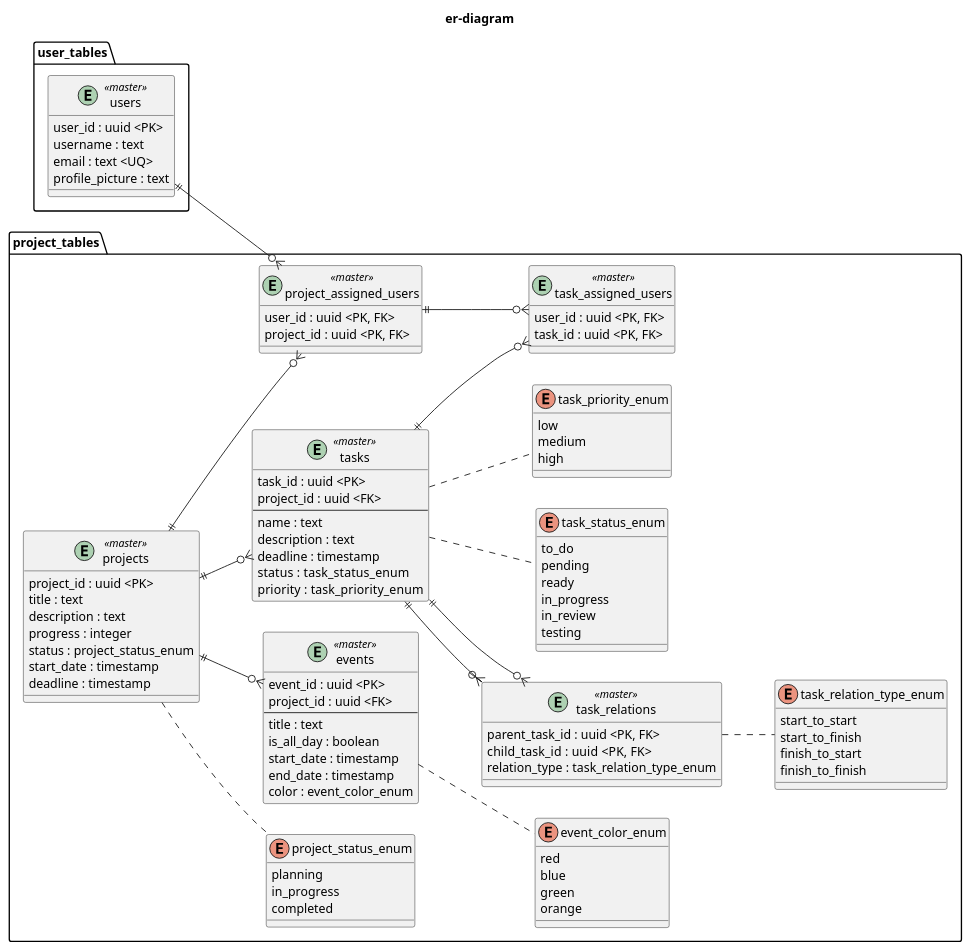
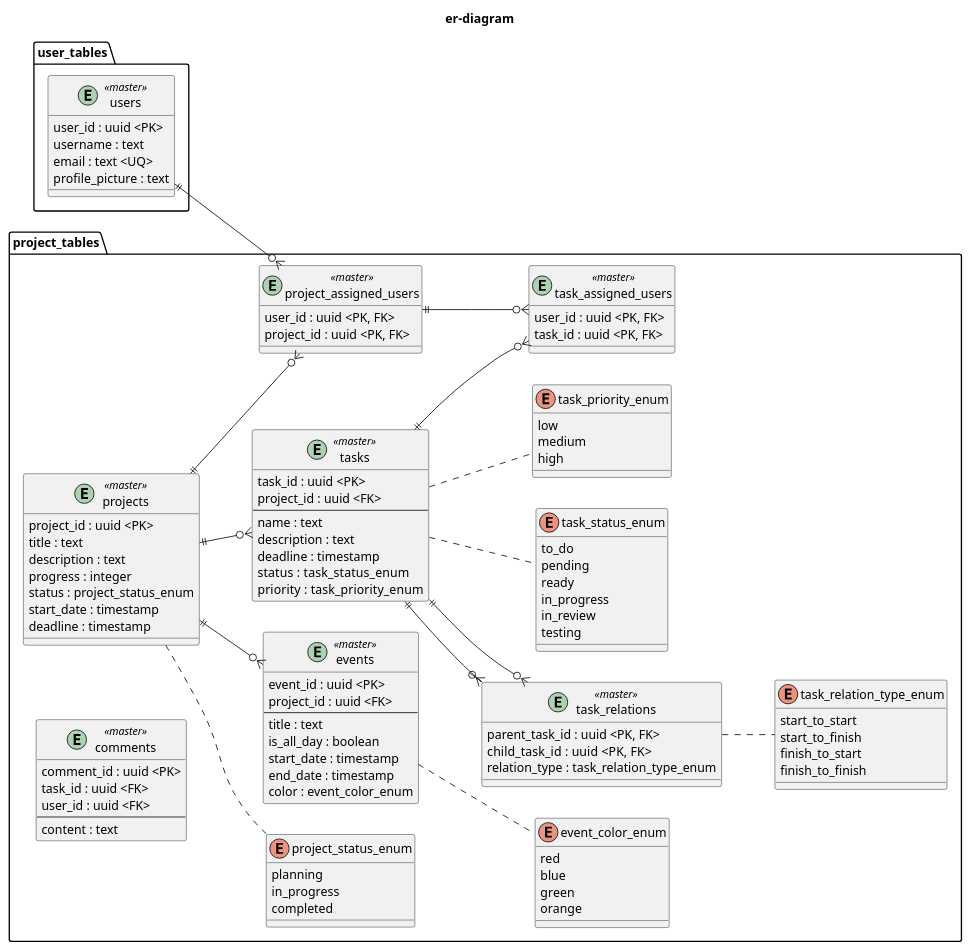
Before and after one commit to KaungSetLinn/FlowMatic: the diagram in doc/backend/er-diagram/er-diagram.pu, drawn with PlantUML.

Commit message:
commentをer-diagramに追加

```diff
--- a/doc/backend/er-diagram/er-diagram.pu
+++ b/doc/backend/er-diagram/er-diagram.pu
@@ -1,106 +1,113 @@
 @startuml er-diagram
 
 left to right direction
 
 title er-diagram
 
 package user_tables {
     entity users <<master>>{
     user_id : uuid <PK>
     username : text
     email : text <UQ>
     profile_picture : text
     }
 }
 
 package project_tables {
     entity projects <<master>>{
         project_id : uuid <PK>
         title : text
         description : text
         progress : integer
         status : project_status_enum
         start_date : timestamp
         deadline : timestamp
     }
     enum project_status_enum {
         planning
         in_progress
         completed
     }
     entity project_assigned_users <<master>>{
         user_id : uuid <PK, FK>
         project_id : uuid <PK, FK>
     }
     entity tasks <<master>>{
         task_id : uuid <PK>
         project_id : uuid <FK>
         ---
         name : text
         description : text
         deadline : timestamp
         status :  task_status_enum
         priority :  task_priority_enum
     }
     enum  task_status_enum {
         to_do
         pending
         ready
         in_progress
         in_review
         testing
     }
     enum  task_priority_enum {
         low
         medium
         high
     }
     entity task_assigned_users <<master>>{
         user_id : uuid <PK, FK>
         task_id : uuid <PK, FK>
     }
     entity task_relations <<master>>{
         parent_task_id : uuid <PK, FK>
         child_task_id  : uuid <PK, FK>
         relation_type : task_relation_type_enum
     }
     enum task_relation_type_enum {
         start_to_start
         start_to_finish
         finish_to_start
         finish_to_finish
     }
+    entity comments <<master>>{
+        comment_id : uuid <PK>
+        task_id : uuid <FK>
+        user_id : uuid <FK>
+        ---
+        content : text
+    }
     entity events <<master>>{
         event_id : uuid <PK>
         project_id : uuid <FK>
         ---
         title : text
         is_all_day : boolean
         start_date : timestamp
         end_date : timestamp
         color : event_color_enum
     }
     enum event_color_enum {
         red
         blue
         green
         orange
     }
 
     projects ||--o{ project_assigned_users
     project_assigned_users ||--o{ task_assigned_users
     projects ||--o{ tasks
     tasks ||--o{ task_relations
     tasks ||--o{ task_relations
     task_relations .. task_relation_type_enum
     tasks ..  task_priority_enum
     tasks ..  task_status_enum
     tasks ||--o{ task_assigned_users
     projects .. project_status_enum
     projects ||--o{ events
     events .. event_color_enum
 }
 
 users ||--o{ project_assigned_users
 
 @enduml
```
